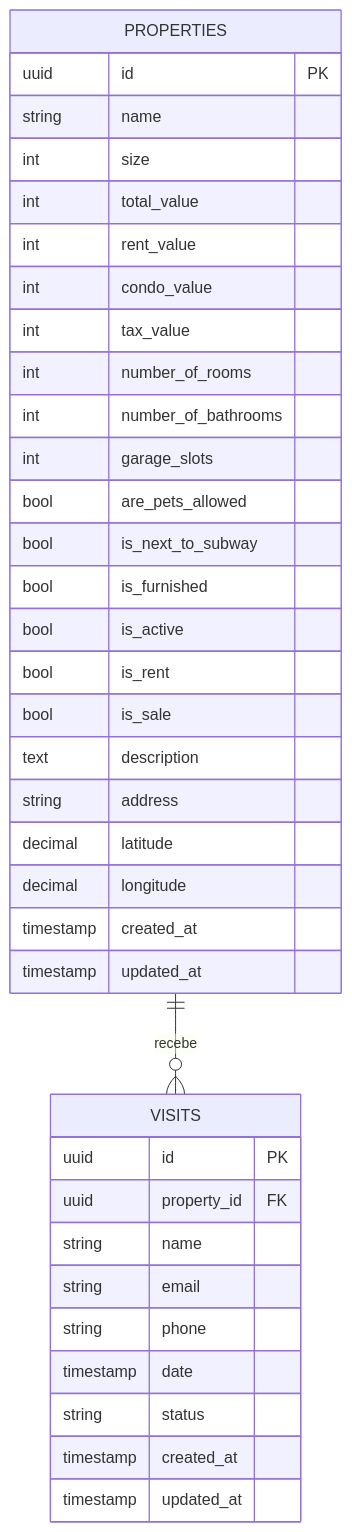
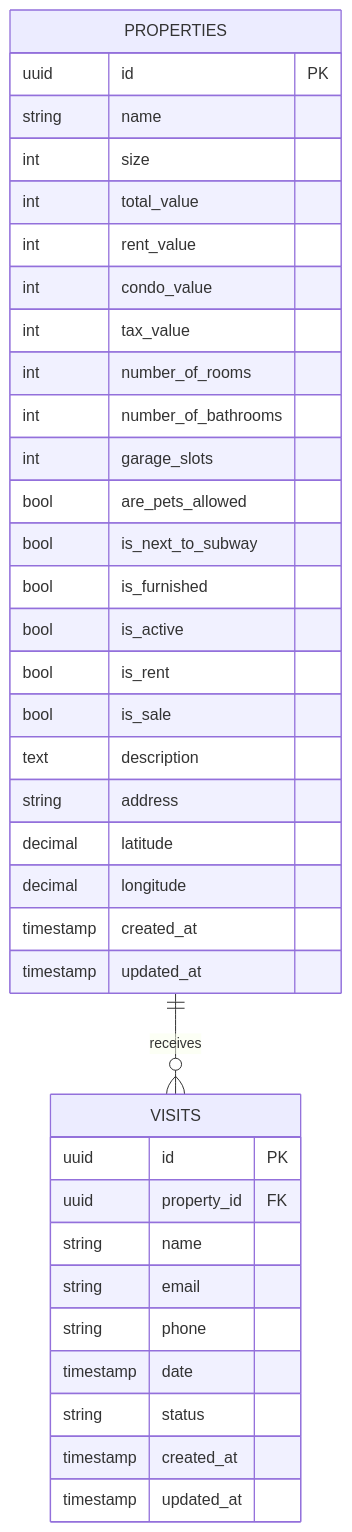
The third of 3 diagrams in README.md (agustinhopneto/dc-elitehome-api), drawn with Mermaid before and after one commit. The commit also changed other lines of this file, not shown here.

````diff
--- a/README.md
+++ b/README.md
@@ -209,39 +209,39 @@
 ```mermaid
 erDiagram
-    PROPERTIES ||--o{ VISITS : recebe
+    PROPERTIES ||--o{ VISITS : receives
     PROPERTIES {
         uuid id PK
         string name
         int size
         int total_value
         int rent_value
         int condo_value
         int tax_value
         int number_of_rooms
         int number_of_bathrooms
         int garage_slots
         bool are_pets_allowed
         bool is_next_to_subway
         bool is_furnished
         bool is_active
         bool is_rent
         bool is_sale
         text description
         string address
         decimal latitude
         decimal longitude
         timestamp created_at
         timestamp updated_at
     }
     VISITS {
         uuid id PK
         uuid property_id FK
         string name
         string email
         string phone
         timestamp date
         string status
         timestamp created_at
         timestamp updated_at
     }
 ```
````
